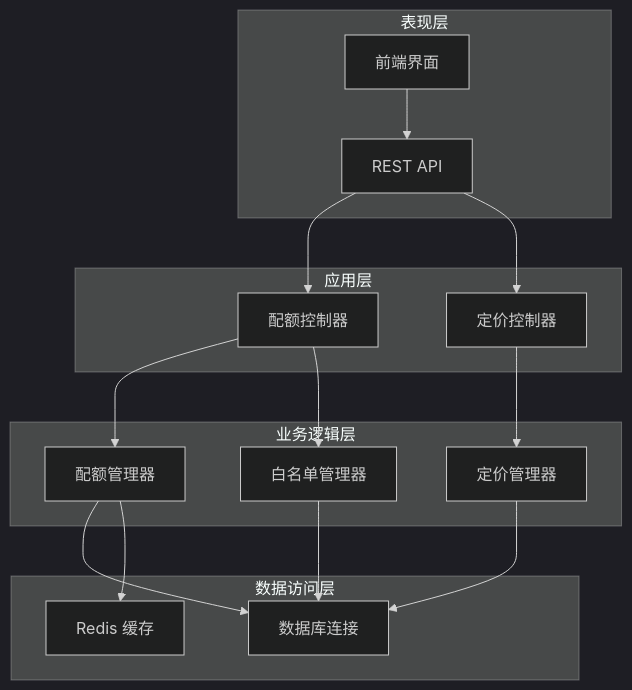
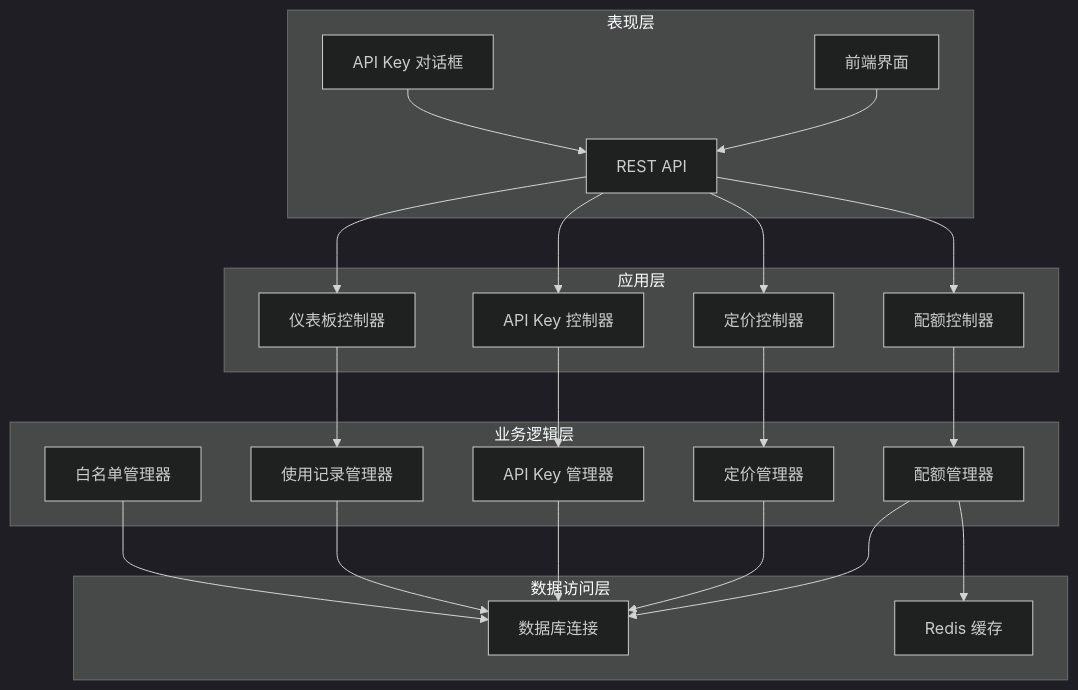
Before and after one commit to RadiumAg/AIGate: the second of 12 diagrams in .qoder/repowiki/zh/content/核心功能/模型定价系统.md, drawn with Mermaid (dark theme). The commit also changed other lines of this file and 7 other files, not shown here.

First line of the commit message:
docs(model-pricing): 更新模型定价系统文档，新增 API Key 自定义定价支持

````diff
--- a/.qoder/repowiki/zh/content/核心功能/模型定价系统.md
+++ b/.qoder/repowiki/zh/content/核心功能/模型定价系统.md
@@ -105,30 +134,41 @@
 ```mermaid
 graph TB
 subgraph "表现层"
 UI[前端界面]
 API[REST API]
+AKD[API Key 对话框]
 end
 subgraph "应用层"
 QC[配额控制器]
 PC[定价控制器]
+AC[API Key 控制器]
+DC[仪表板控制器]
 end
 subgraph "业务逻辑层"
 QM[配额管理器]
 PM[定价管理器]
 WM[白名单管理器]
+AM[API Key 管理器]
+UM[使用记录管理器]
 end
 subgraph "数据访问层"
 DB[数据库连接]
 RC[Redis 缓存]
 end
 UI --> API
+AKD --> API
 API --> QC
 API --> PC
+API --> AC
+API --> DC
 QC --> QM
 PC --> PM
-QC --> WM
+AC --> AM
+DC --> UM
 QM --> DB
 QM --> RC
 PM --> DB
+AM --> DB
+UM --> DB
 WM --> DB
 ```
````
